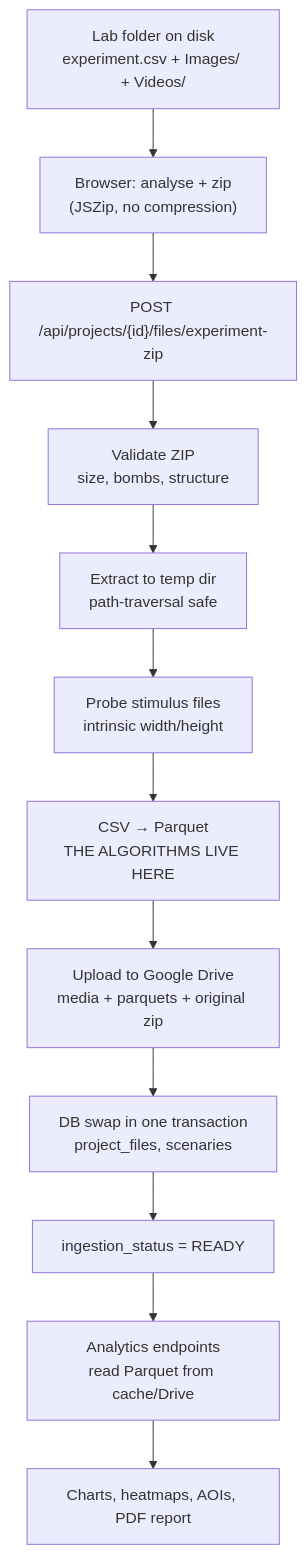
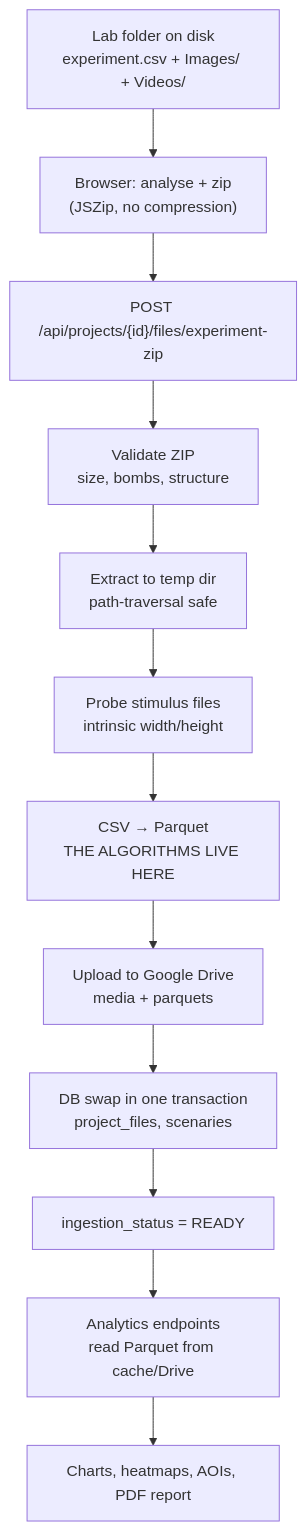
Before and after one commit to Proyecto-Software-Biosenales/NeuroDatics-App: the diagram in docs/presentation/01-pipeline-overview.md, drawn with Mermaid. The commit also changed 272 other files, not shown here.

````diff
--- a/docs/presentation/01-pipeline-overview.md
+++ b/docs/presentation/01-pipeline-overview.md
@@ -9,14 +9,14 @@
 ```mermaid
 flowchart TD
     A["Lab folder on disk<br/>experiment.csv + Images/ + Videos/"] --> B["Browser: analyse + zip<br/>(JSZip, no compression)"]
     B --> C["POST /api/projects/{id}/files/experiment-zip"]
     C --> D["Validate ZIP<br/>size, bombs, structure"]
     D --> E["Extract to temp dir<br/>path-traversal safe"]
     E --> F["Probe stimulus files<br/>intrinsic width/height"]
     F --> G["CSV → Parquet<br/>THE ALGORITHMS LIVE HERE"]
-    G --> H["Upload to Google Drive<br/>media + parquets + original zip"]
+    G --> H["Upload to Google Drive<br/>media + parquets"]
     H --> I["DB swap in one transaction<br/>project_files, scenaries"]
     I --> J["ingestion_status = READY"]
     J --> K["Analytics endpoints<br/>read Parquet from cache/Drive"]
     K --> L["Charts, heatmaps, AOIs, PDF report"]
 ```
````
